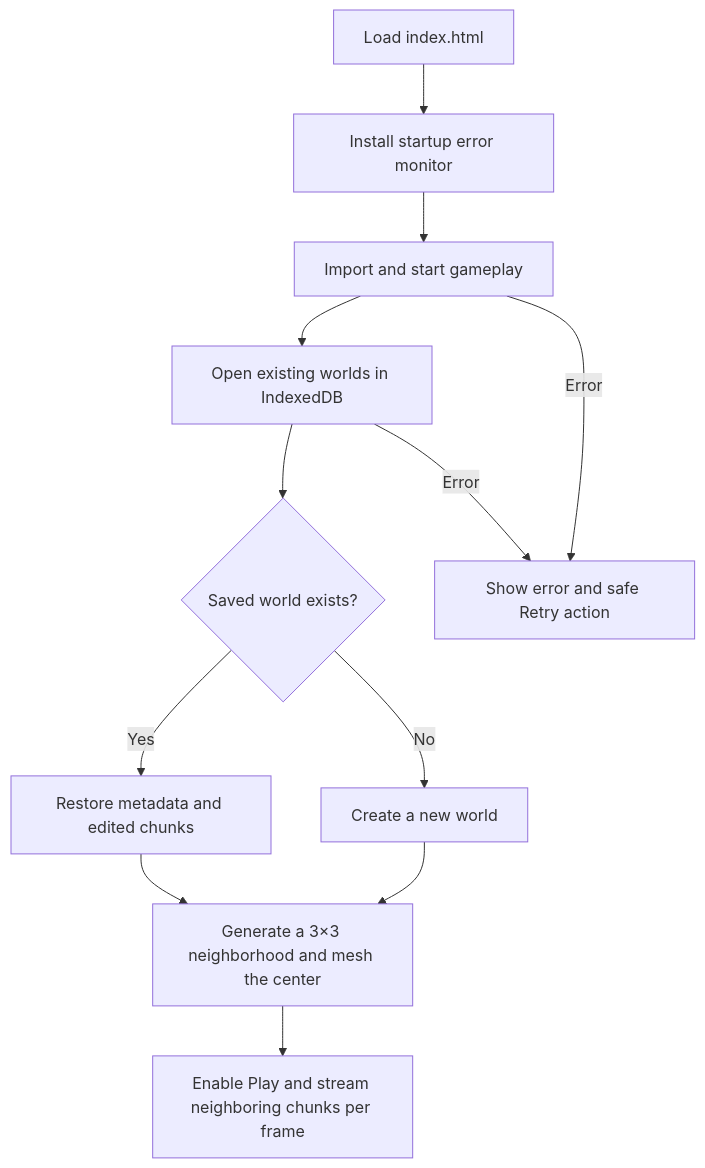
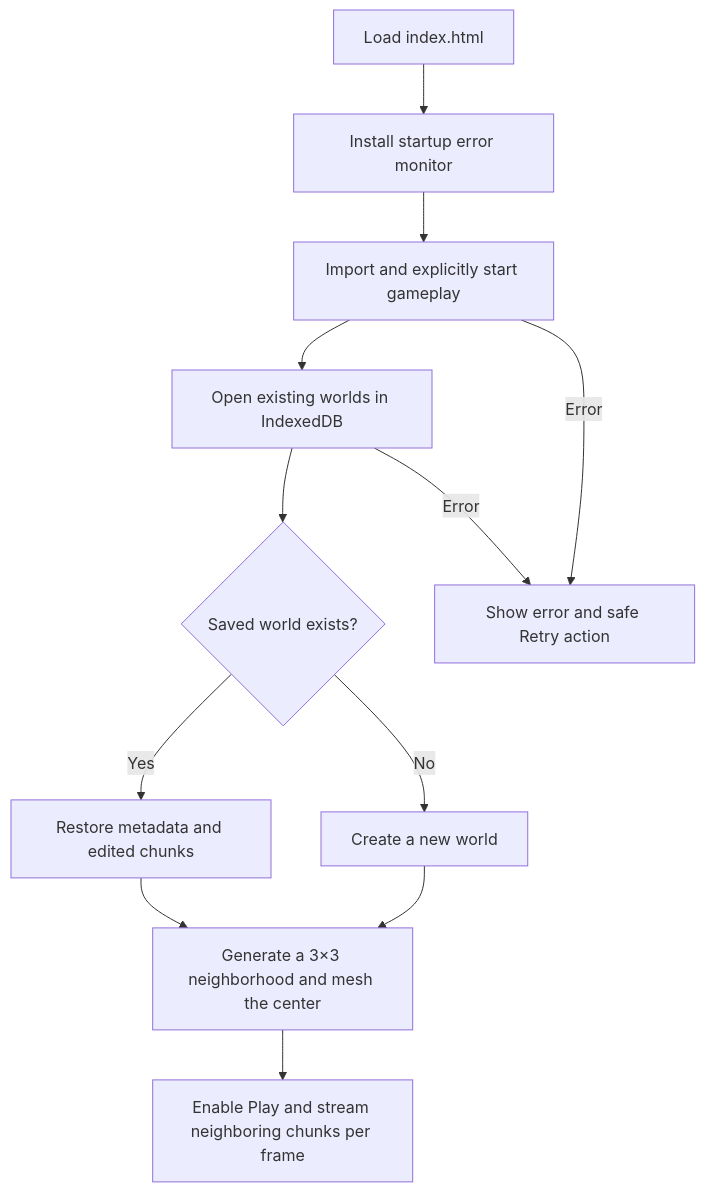
Before and after one commit to MauriceCraft/MauriceCraft: the second of 2 diagrams in docs/ARCHITECTURE.md, drawn with Mermaid. The commit also changed other lines of this file and 5 other files, not shown here.

Commit message:
docs(architecture): document typed bootstrap modules, save ownership and test gates

````diff
--- a/docs/ARCHITECTURE.md
+++ b/docs/ARCHITECTURE.md
@@ -46,14 +48,14 @@
 ```mermaid
 flowchart TD
     Start["Load index.html"] --> Monitor["Install startup error monitor"]
-    Monitor --> Import["Import and start gameplay"]
+    Monitor --> Import["Import and explicitly start gameplay"]
     Import --> OpenDB["Open existing worlds in IndexedDB"]
     OpenDB --> World{"Saved world exists?"}
     World -- Yes --> Restore["Restore metadata and edited chunks"]
     World -- No --> Create["Create a new world"]
     Restore --> Prime["Generate a 3×3 neighborhood and mesh the center"]
     Create --> Prime
     Prime --> Play["Enable Play and stream neighboring chunks per frame"]
     Import -- Error --> Retry["Show error and safe Retry action"]
     OpenDB -- Error --> Retry
 ```
````
